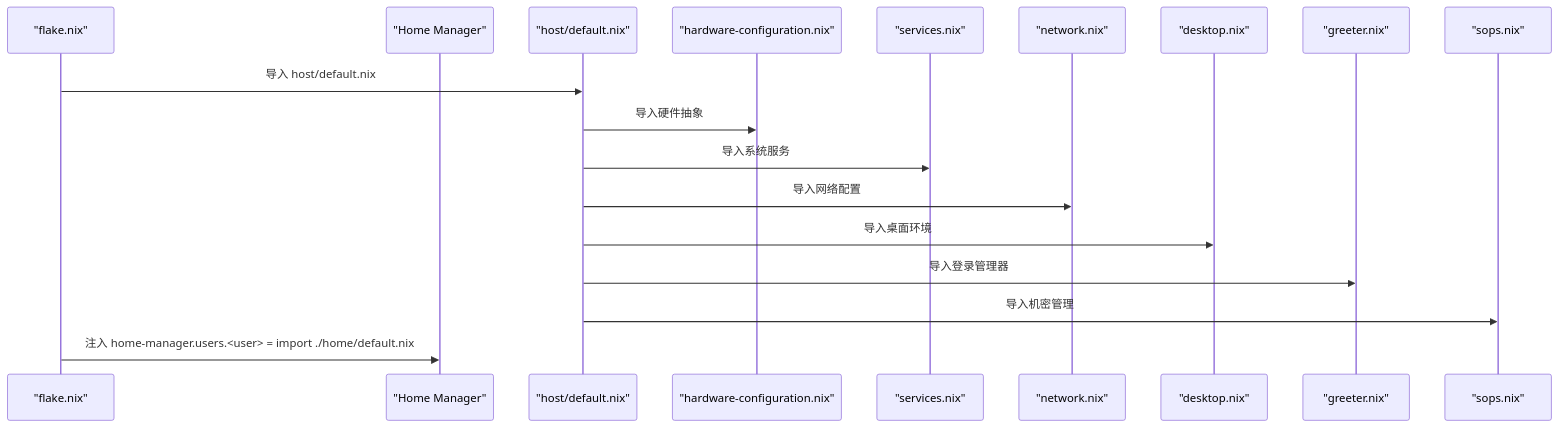
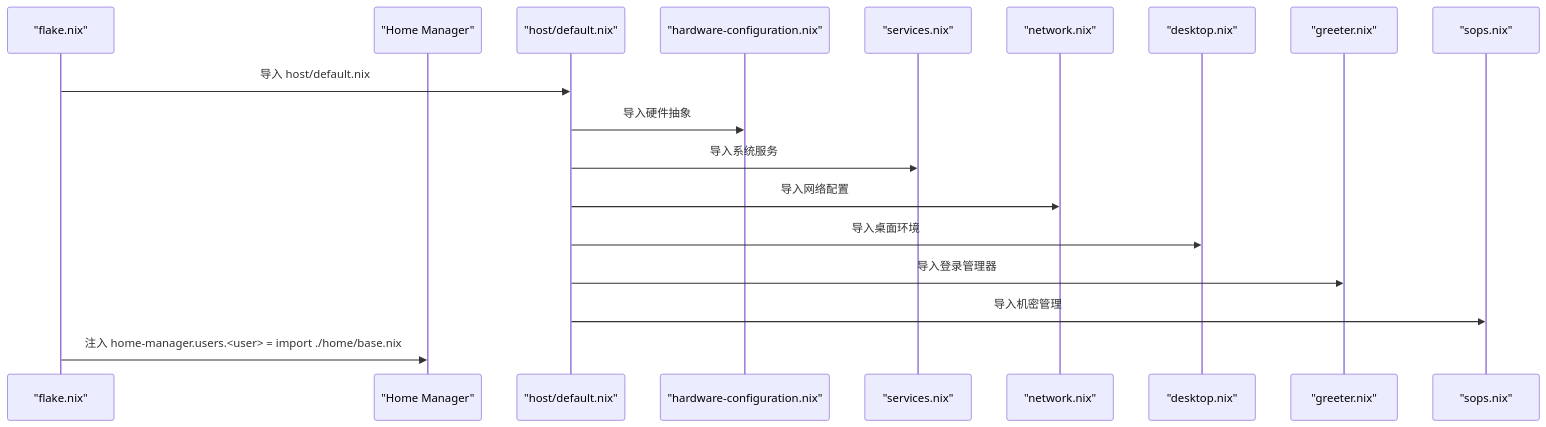
Before and after one commit to Shangshui0302/myNixOSConfig: the second of 3 diagrams in wiki/architecture/index.md, drawn with Mermaid. The commit also changed other lines of this file and 53 other files, not shown here.

````diff
--- a/wiki/architecture/index.md
+++ b/wiki/architecture/index.md
@@ -64,20 +64,20 @@
 ```mermaid
 sequenceDiagram
 participant FL as "flake.nix"
 participant HM as "Home Manager"
 participant HD as "host/default.nix"
 participant HW as "hardware-configuration.nix"
 participant SV as "services.nix"
 participant NW as "network.nix"
 participant DS as "desktop.nix"
 participant GR as "greeter.nix"
 participant SP as "sops.nix"
 FL->>HD : 导入 host/default.nix
 HD->>HW : 导入硬件抽象
 HD->>SV : 导入系统服务
 HD->>NW : 导入网络配置
 HD->>DS : 导入桌面环境
 HD->>GR : 导入登录管理器
 HD->>SP : 导入机密管理
-FL->>HM : 注入 home-manager.users.<user> = import ./home/default.nix
+FL->>HM : 注入 home-manager.users.<user> = import ./home/base.nix
 ```
````
